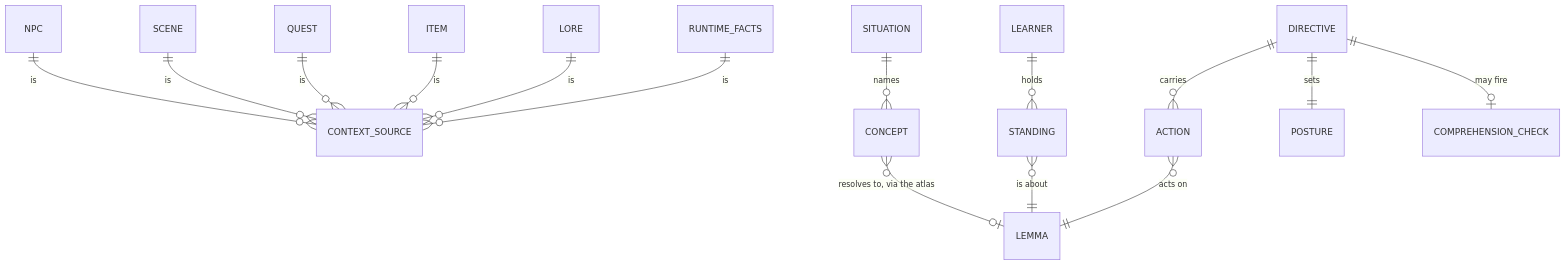
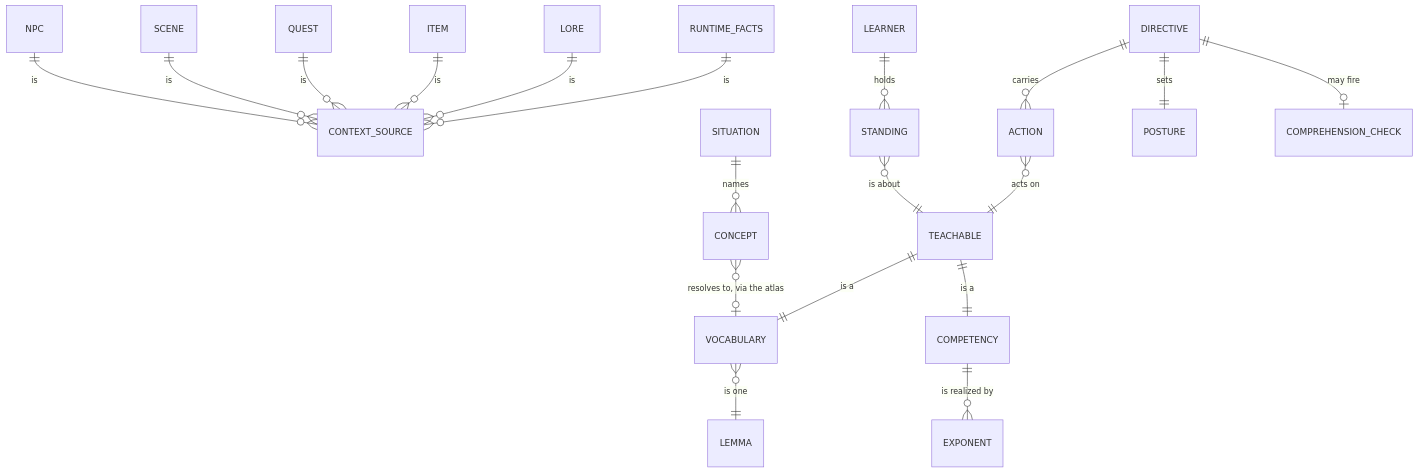
One commit to nikkileaps/sugarmagic changed the second of 3 diagrams in packages/plugins/src/catalog/sugarlang/docs/api/domain-model-after-epic-090.md. Above: the diagram before and after it, drawn with Mermaid. The commit also changed other lines of this file and 2 other files, not shown here.

Commit message:
[plan] teachable = vocabulary | competency; the slate carries teachables, not lemma refs

````diff
--- a/packages/plugins/src/catalog/sugarlang/docs/api/domain-model-after-epic-090.md
+++ b/packages/plugins/src/catalog/sugarlang/docs/api/domain-model-after-epic-090.md
@@ -135,20 +135,25 @@
 ```mermaid
 erDiagram
     NPC ||--o{ CONTEXT_SOURCE : "is"
     SCENE ||--o{ CONTEXT_SOURCE : "is"
     QUEST ||--o{ CONTEXT_SOURCE : "is"
     ITEM ||--o{ CONTEXT_SOURCE : "is"
     LORE ||--o{ CONTEXT_SOURCE : "is"
     RUNTIME_FACTS ||--o{ CONTEXT_SOURCE : "is"
 
     SITUATION ||--o{ CONCEPT : "names"
-    CONCEPT }o--o| LEMMA : "resolves to, via the atlas"
+    CONCEPT }o--o| VOCABULARY : "resolves to, via the atlas"
+
+    TEACHABLE ||--|| VOCABULARY : "is a"
+    TEACHABLE ||--|| COMPETENCY : "is a"
+    VOCABULARY }o--|| LEMMA : "is one"
+    COMPETENCY ||--o{ EXPONENT : "is realized by"
 
     LEARNER ||--o{ STANDING : "holds"
-    STANDING }o--|| LEMMA : "is about"
+    STANDING }o--|| TEACHABLE : "is about"
 
     DIRECTIVE ||--o{ ACTION : "carries"
-    ACTION }o--|| LEMMA : "acts on"
+    ACTION }o--|| TEACHABLE : "acts on"
     DIRECTIVE ||--|| POSTURE : "sets"
     DIRECTIVE ||--o| COMPREHENSION_CHECK : "may fire"
 ```
````
